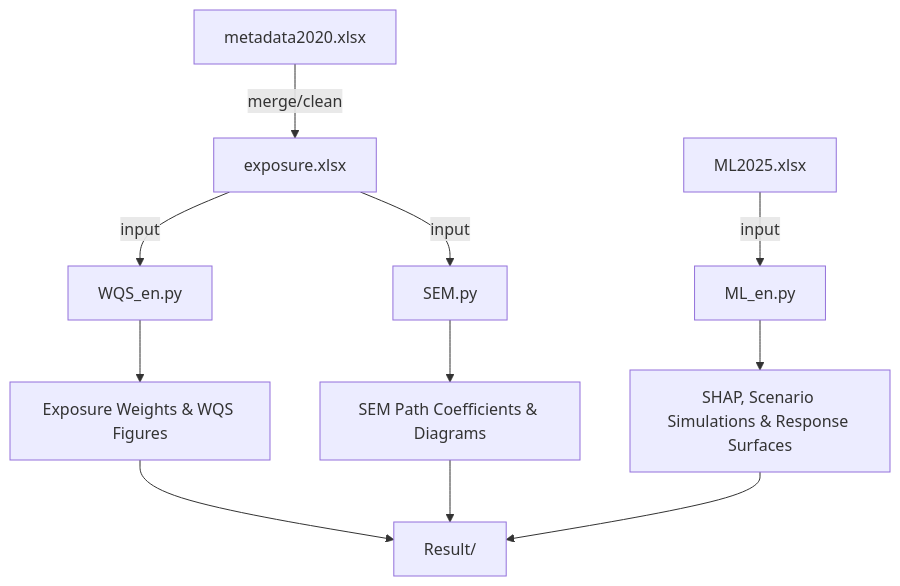
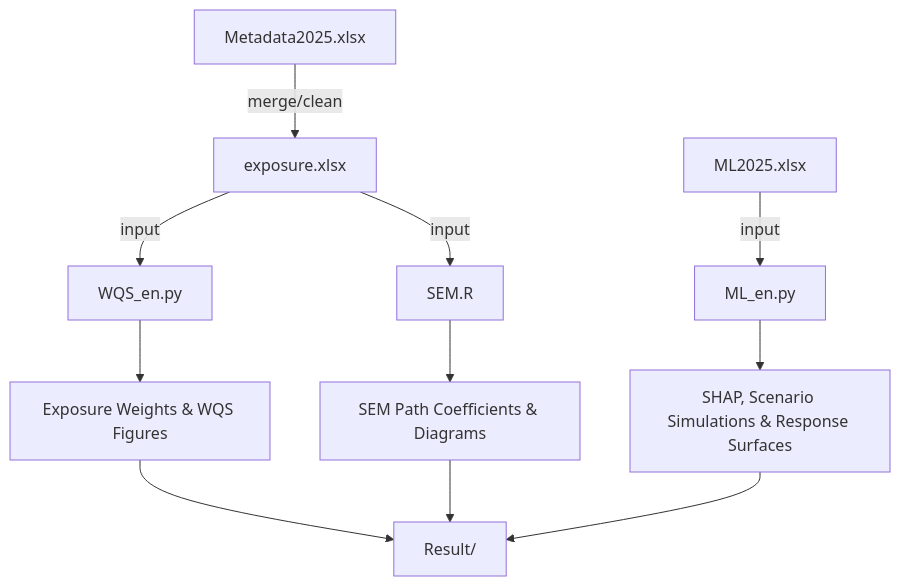
The diagram in README.md (bye0526/UCdDC), drawn with Mermaid before and after one commit. The commit also changed other lines of this file, not shown here.

````diff
--- a/README.md
+++ b/README.md
@@ -33,15 +33,15 @@
 ```mermaid
 graph TD
-    A[metadata2020.xlsx] -->|merge/clean| B[exposure.xlsx]
+    A[Metadata2025.xlsx] -->|merge/clean| B[exposure.xlsx]
     B -->|input| C[WQS_en.py]
-    B -->|input| D[SEM.py]
+    B -->|input| D[SEM.R]
     E[ML2025.xlsx] -->|input| F[ML_en.py]
 
     C --> G[Exposure Weights & WQS Figures]
     D --> H[SEM Path Coefficients & Diagrams]
     F --> I[SHAP, Scenario Simulations & Response Surfaces]
 
     G --> J[Result/]
     H --> J
     I --> J
 ```
````
